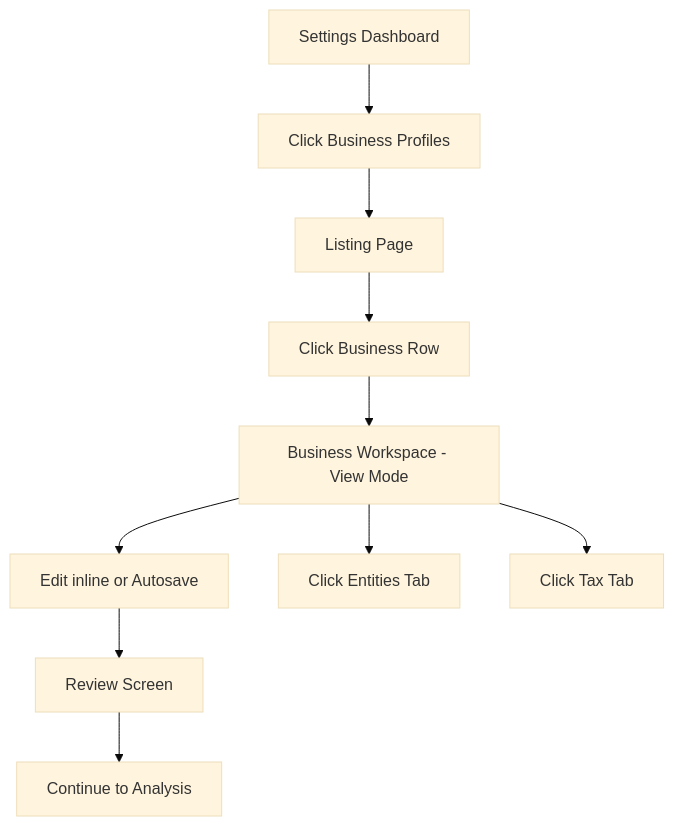
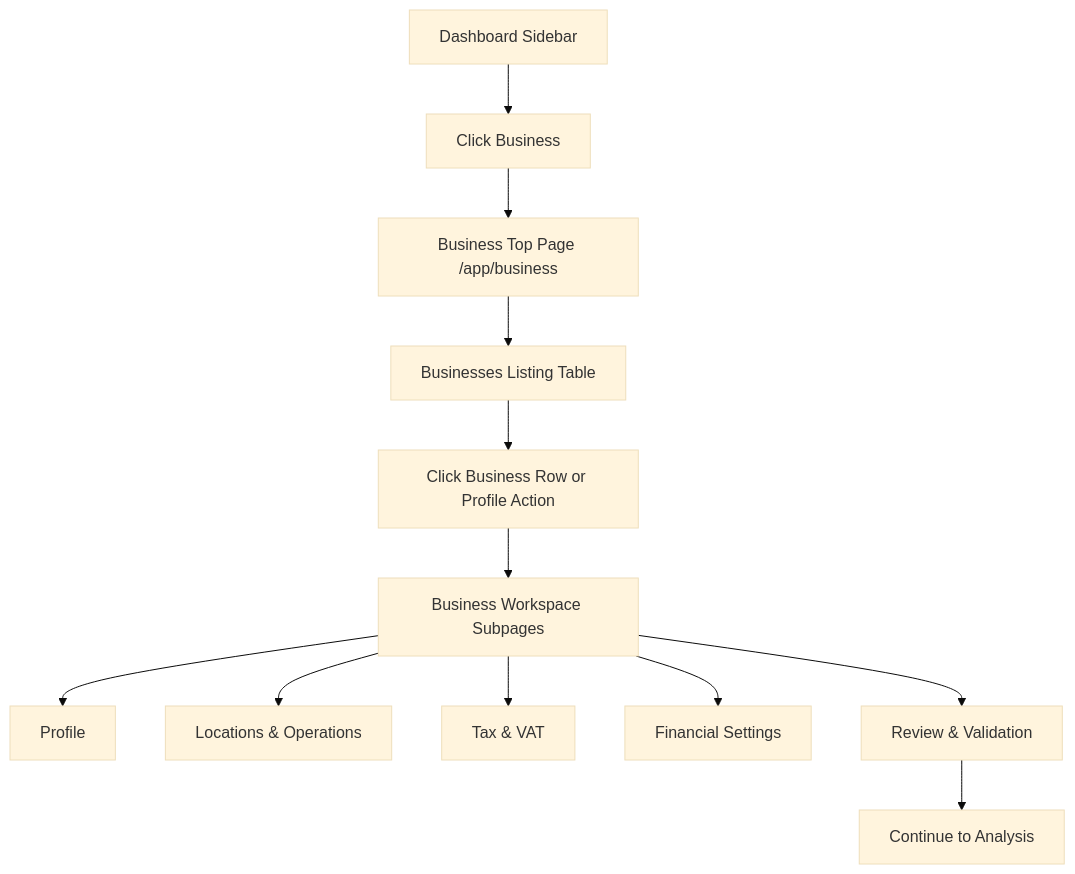
The first of 6 diagrams in .TODO/.PLAN/todo-business-profile.md (Nexthood/useclevr-production-2026), drawn with Mermaid (base theme) before and after one commit. The commit also changed other lines of this file and 42 other files, not shown here.

````diff
--- a/.TODO/.PLAN/todo-business-profile.md
+++ b/.TODO/.PLAN/todo-business-profile.md
@@ -19,12 +19,14 @@
 ```mermaid
 flowchart TD
-    A[Settings Dashboard] --> B[Click Business Profiles]
-    B --> C[Listing Page]
-    C --> D[Click Business Row]
-    D --> E[Business Workspace - View Mode]
-    E --> F[Edit inline or Autosave]
-    F --> G[Review Screen]
-    G --> H[Continue to Analysis]
-    E --> I[Click Entities Tab]
-    E --> J[Click Tax Tab]
+    A[Dashboard Sidebar] --> B[Click Business]
+    B --> C[Business Top Page /app/business]
+    C --> D[Businesses Listing Table]
+    D --> E[Click Business Row or Profile Action]
+    E --> F[Business Workspace Subpages]
+    F --> G[Profile]
+    F --> H[Locations & Operations]
+    F --> I[Tax & VAT]
+    F --> J[Financial Settings]
+    F --> K[Review & Validation]
+    K --> L[Continue to Analysis]
 ```
````
